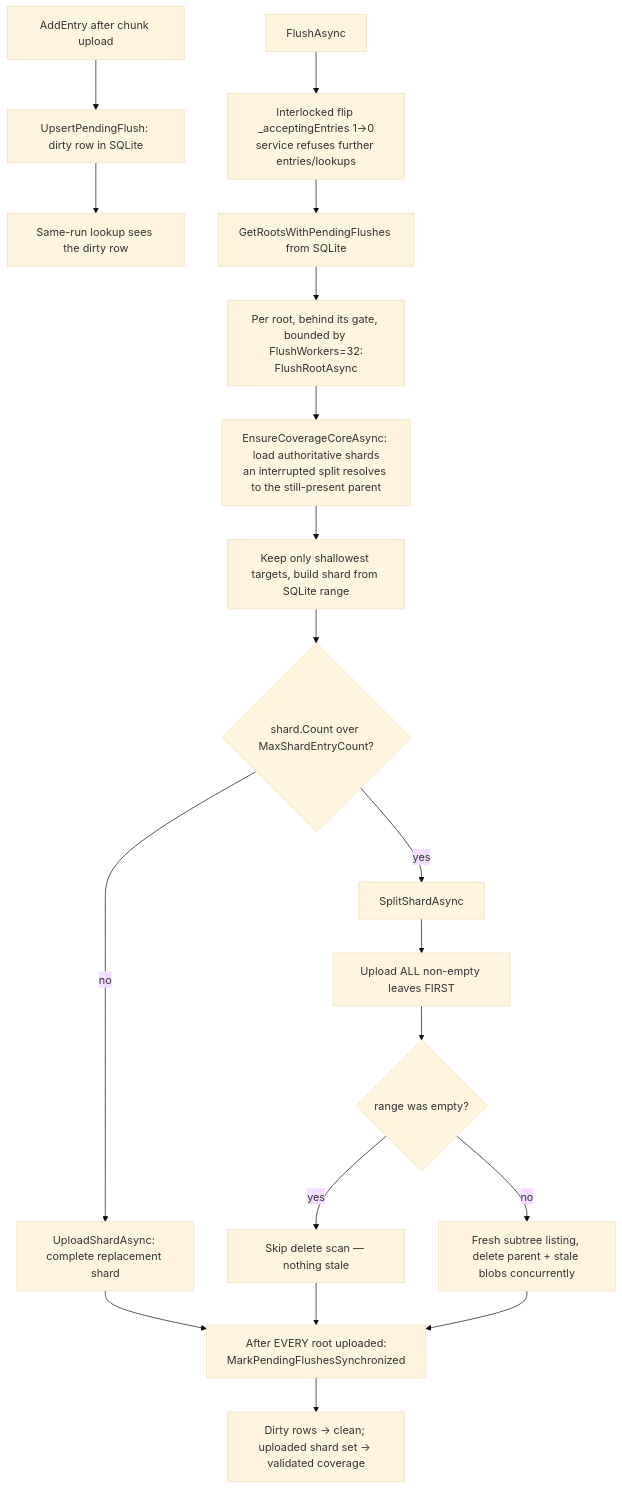
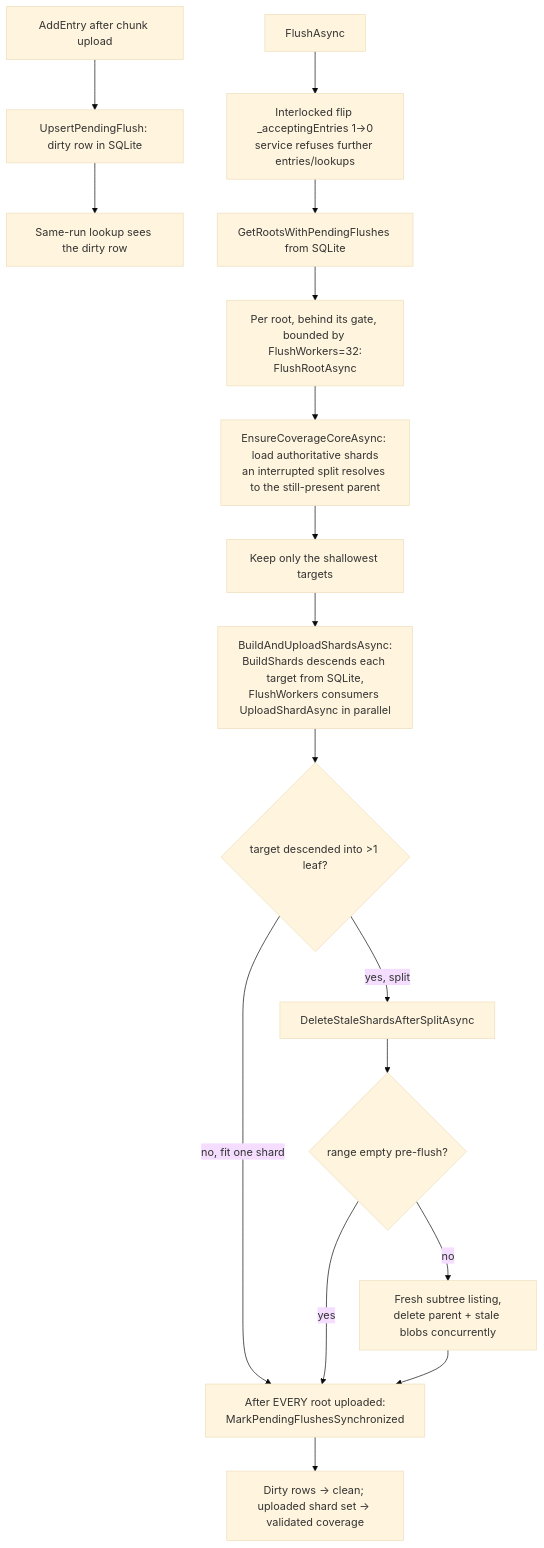
Before and after one commit to woutervanranst/Arius7: the second of 2 diagrams in docs/design/core/shared/chunk-index.md, drawn with Mermaid (base theme). The commit also changed other lines of this file and 8 other files, not shown here.

````diff
--- a/docs/design/core/shared/chunk-index.md
+++ b/docs/design/core/shared/chunk-index.md
@@ -76,22 +76,20 @@
 ```mermaid
 flowchart TD
     Q[AddEntry after chunk upload] --> R[UpsertPendingFlush: dirty row in SQLite]
     R --> S[Same-run lookup sees the dirty row]
 
     T[FlushAsync] --> U[Interlocked flip _acceptingEntries 1→0<br/>service refuses further entries/lookups]
     U --> V[GetRootsWithPendingFlushes from SQLite]
     V --> W[Per root, behind its gate, bounded by FlushWorkers=32:<br/>FlushRootAsync]
     W --> X[EnsureCoverageCoreAsync: load authoritative shards<br/>an interrupted split resolves to the still-present parent]
-    X --> Y[Keep only shallowest targets, build shard from SQLite range]
-    Y --> Z{shard.Count over MaxShardEntryCount?}
-    Z -->|no| Z1[UploadShardAsync: complete replacement shard]
-    Z -->|yes| Z2[SplitShardAsync]
-    Z2 --> Z3[Upload ALL non-empty leaves FIRST]
-    Z3 --> Z4{range was empty?}
-    Z4 -->|yes| Z5[Skip delete scan — nothing stale]
-    Z4 -->|no| Z6[Fresh subtree listing, delete parent + stale blobs concurrently]
-    Z1 --> AA
-    Z5 --> AA
-    Z6 --> AA[After EVERY root uploaded:<br/>MarkPendingFlushesSynchronized]
-    AA --> AB[Dirty rows → clean; uploaded shard set → validated coverage]
+    X --> Y[Keep only the shallowest targets]
+    Y --> BU[BuildAndUploadShardsAsync:<br/>BuildShards descends each target from SQLite,<br/>FlushWorkers consumers UploadShardAsync in parallel]
+    BU --> SP{target descended into &gt;1 leaf?}
+    SP -->|no, fit one shard| AA
+    SP -->|yes, split| DS[DeleteStaleShardsAfterSplitAsync]
+    DS --> Z4{range empty pre-flush?}
+    Z4 -->|yes| AA
+    Z4 -->|no| Z6[Fresh subtree listing,<br/>delete parent + stale blobs concurrently]
+    Z6 --> AA
+    AA[After EVERY root uploaded:<br/>MarkPendingFlushesSynchronized] --> AB[Dirty rows → clean; uploaded shard set → validated coverage]
 ```
````
